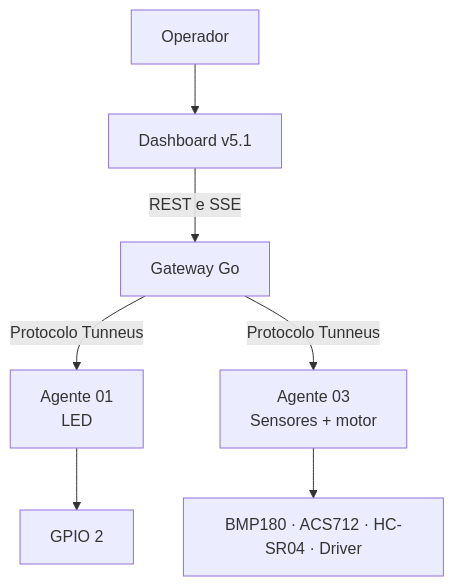
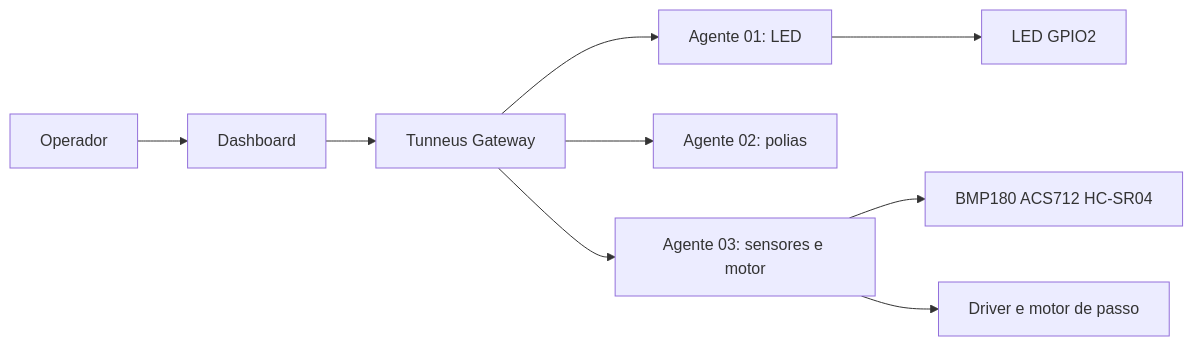
One commit to EliasCaua0/tunneus-gateway changed the diagram in docs/01-visao-geral.md. Above: the diagram before and after it, drawn with Mermaid. The commit also changed other lines of this file and 5 other files, not shown here.

````diff
--- a/docs/01-visao-geral.md
+++ b/docs/01-visao-geral.md
@@ -14,9 +31,11 @@
 ```mermaid
-flowchart TB
-    U["Operador"] --> D["Dashboard v5.1"]
-    D -->|"REST e SSE"| G["Gateway Go"]
-    G -->|"Protocolo Tunneus"| A1["Agente 01<br/>LED"]
-    G -->|"Protocolo Tunneus"| A3["Agente 03<br/>Sensores + motor"]
-    A1 --> H1["GPIO 2"]
-    A3 --> H3["BMP180 · ACS712 · HC-SR04 · Driver"]
+flowchart LR
+ U[Operador] --> D[Dashboard]
+ D --> G[Tunneus Gateway]
+ G --> A1[Agente 01: LED]
+ G --> A2[Agente 02: polias]
+ G --> A3[Agente 03: sensores e motor]
+ A1 --> L[LED GPIO2]
+ A3 --> S[BMP180 ACS712 HC-SR04]
+ A3 --> M[Driver e motor de passo]
 ```
````
